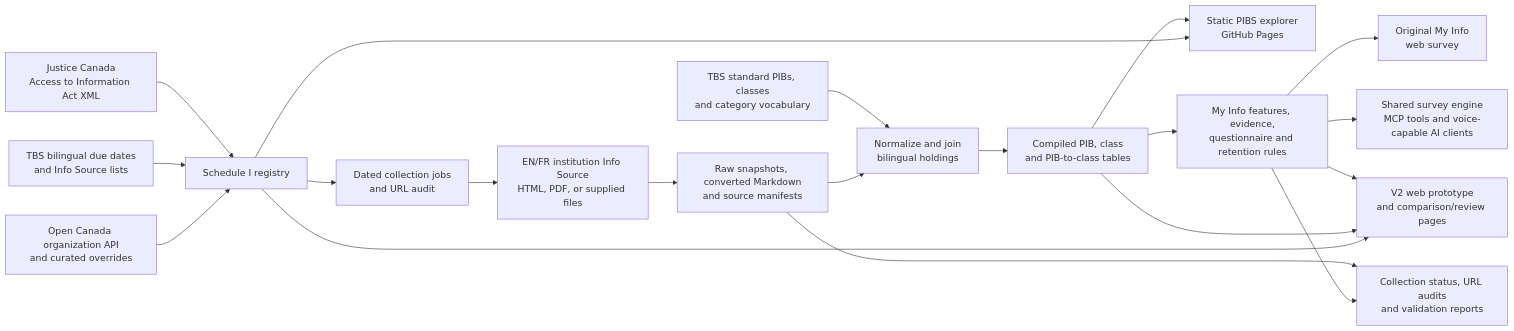
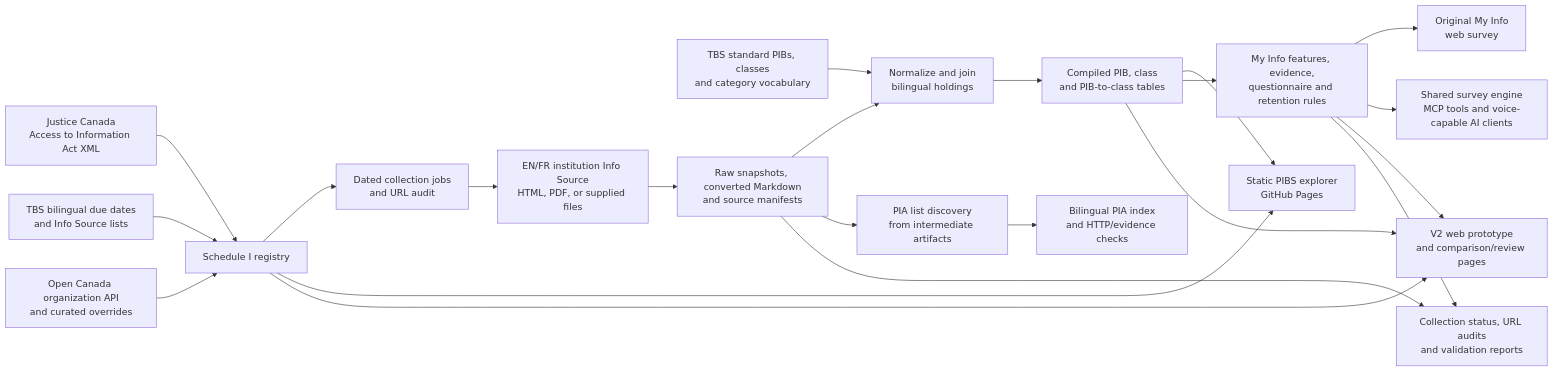
Before and after one commit to PatLittle/pibs: the first of 3 diagrams in README.md, drawn with Mermaid. The commit also changed other lines of this file and 7 other files, not shown here.

Commit message:
Add bilingual PIA list index from Info Source artifacts

````diff
--- a/README.md
+++ b/README.md
@@ -10,22 +10,24 @@
 ```mermaid
 flowchart LR
     A[Justice Canada<br/>Access to Information Act XML] --> R[Schedule I registry]
     B[TBS bilingual due dates<br/>and Info Source lists] --> R
     C[Open Canada organization API<br/>and curated overrides] --> R
     R --> J[Dated collection jobs<br/>and URL audit]
     J --> I[EN/FR institution Info Source<br/>HTML, PDF, or supplied files]
     D[TBS standard PIBs, classes<br/>and category vocabulary] --> X[Normalize and join<br/>bilingual holdings]
     I --> S[Raw snapshots, converted Markdown<br/>and source manifests]
     S --> X
+    S --> P[PIA list discovery<br/>from intermediate artifacts]
+    P --> PL[Bilingual PIA index<br/>and HTTP/evidence checks]
     X --> H[Compiled PIB, class<br/>and PIB-to-class tables]
     H --> W[Static PIBS explorer<br/>GitHub Pages]
     H --> F[My Info features, evidence,<br/>questionnaire and retention rules]
     F --> V1[Original My Info<br/>web survey]
     F --> MCP[Shared survey engine<br/>MCP tools and voice-capable AI clients]
     F --> V2[V2 web prototype<br/>and comparison/review pages]
     R --> W
     H --> V2
     R --> V2
     S --> Q[Collection status, URL audits<br/>and validation reports]
     F --> Q
 ```
````
